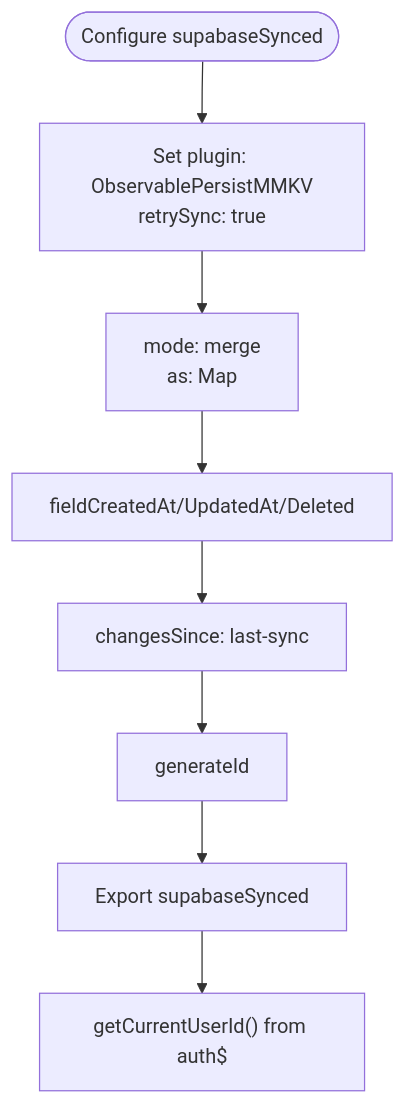
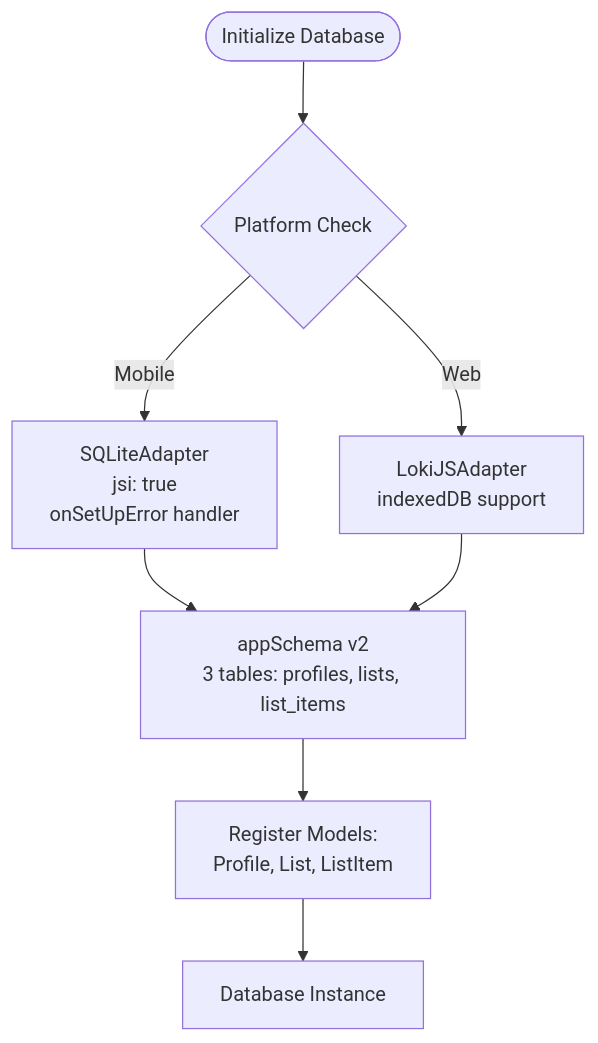
Before and after one commit to karllasouzza/PowerLists: the third of 11 diagrams in .qoder/repowiki/en/content/State Management Architecture/State Management Architecture.md, drawn with Mermaid. The commit also changed other lines of this file and 5 other files, not shown here.

````diff
--- a/.qoder/repowiki/en/content/State Management Architecture/State Management Architecture.md
+++ b/.qoder/repowiki/en/content/State Management Architecture/State Management Architecture.md
@@ -168,10 +190,10 @@
 ```mermaid
 flowchart TD
-Start(["Configure supabaseSynced"]) --> Setup["Set plugin: ObservablePersistMMKV<br/>retrySync: true"]
-Setup --> Mode["mode: merge<br/>as: Map"]
-Mode --> Fields["fieldCreatedAt/UpdatedAt/Deleted"]
-Fields --> Changes["changesSince: last-sync"]
-Changes --> Gen["generateId"]
-Gen --> Export["Export supabaseSynced"]
-Export --> UserId["getCurrentUserId() from auth$"]
+Start(["Initialize Database"]) --> Adapter{"Platform Check"}
+Adapter --> |Mobile| SQLite["SQLiteAdapter<br/>jsi: true<br/>onSetUpError handler"]
+Adapter --> |Web| Loki["LokiJSAdapter<br/>indexedDB support"]
+SQLite --> Schema["appSchema v2<br/>3 tables: profiles, lists, list_items"]
+Loki --> Schema
+Schema --> Models["Register Models:<br/>Profile, List, ListItem"]
+Models --> DB["Database Instance"]
 ```
````
